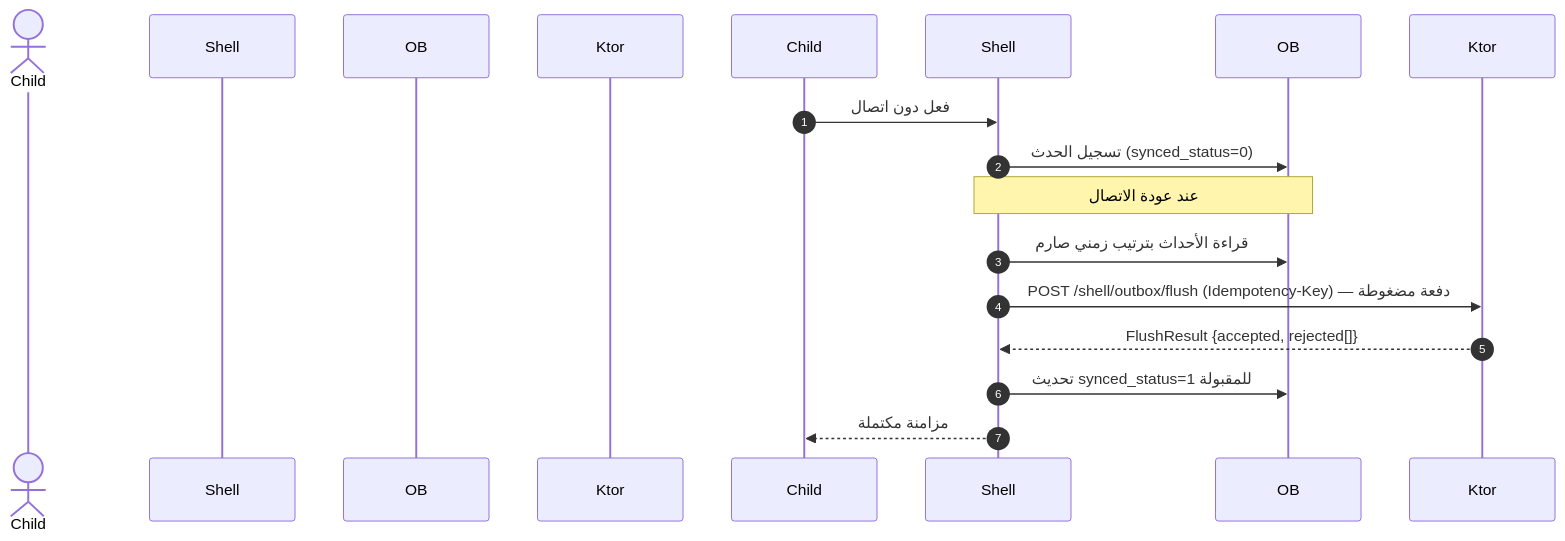
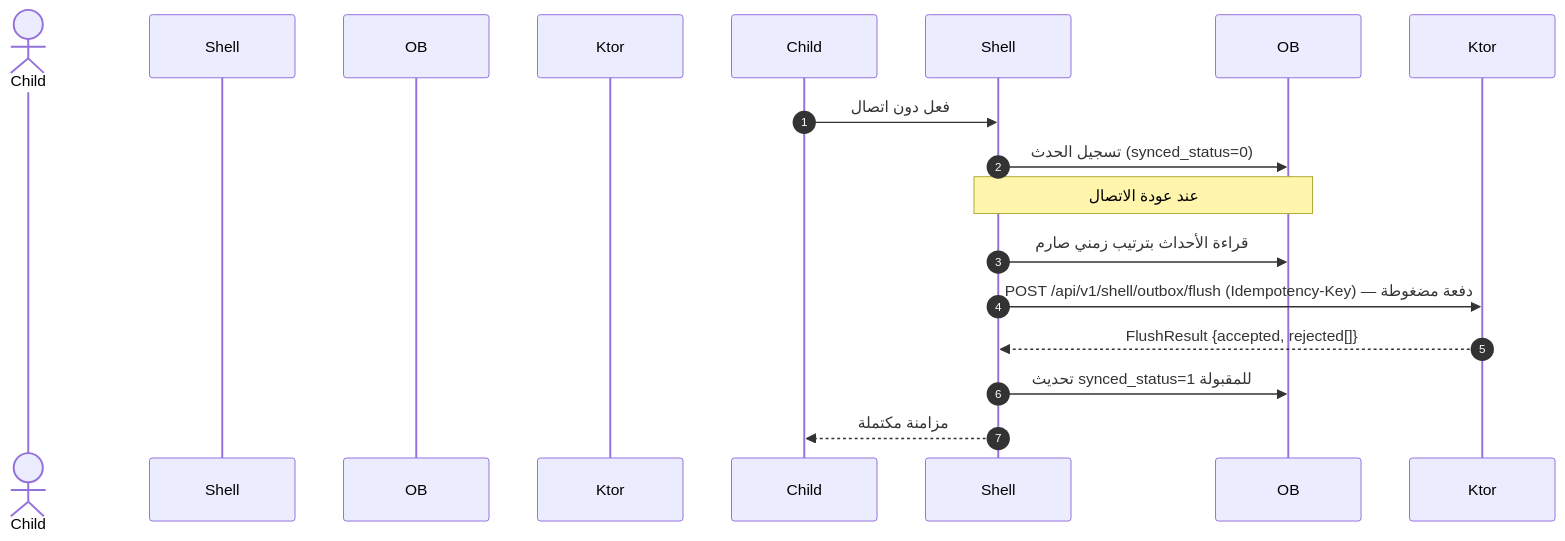
The fifth of 9 diagrams in docs/family-os/governance/phases/phase-1/S1-01-app-shell-and-platform/DIAGRAMS.md (Bassam-mohammed-alqaeadi/family-os-v2), drawn with Mermaid before and after one commit. The commit also changed other lines of this file and 34 other files, not shown here.

````diff
--- a/docs/family-os/governance/phases/phase-1/S1-01-app-shell-and-platform/DIAGRAMS.md
+++ b/docs/family-os/governance/phases/phase-1/S1-01-app-shell-and-platform/DIAGRAMS.md
@@ -193,16 +192,16 @@
 ```mermaid
 sequenceDiagram
     autonumber
     actor الطفل as Child
     participant الغلاف as Shell
     participant Outbox as OB
     participant الخادم as Ktor
     Child->>Shell: فعل دون اتصال
     Shell->>OB: تسجيل الحدث (synced_status=0)
     Note over Shell,OB: عند عودة الاتصال
     Shell->>OB: قراءة الأحداث بترتيب زمني صارم
-    Shell->>Ktor: POST /shell/outbox/flush (Idempotency-Key) — دفعة مضغوطة
+    Shell->>Ktor: POST /api/v1/shell/outbox/flush (Idempotency-Key) — دفعة مضغوطة
     Ktor-->>Shell: FlushResult {accepted, rejected[]}
     Shell->>OB: تحديث synced_status=1 للمقبولة
     Shell-->>Child: مزامنة مكتملة
 ```
````
